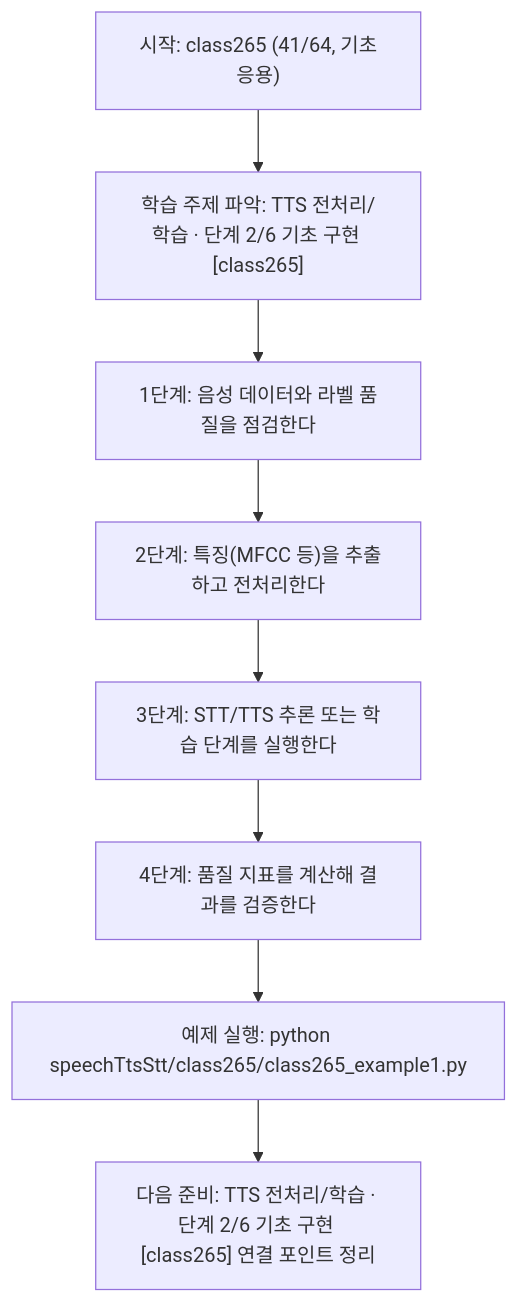
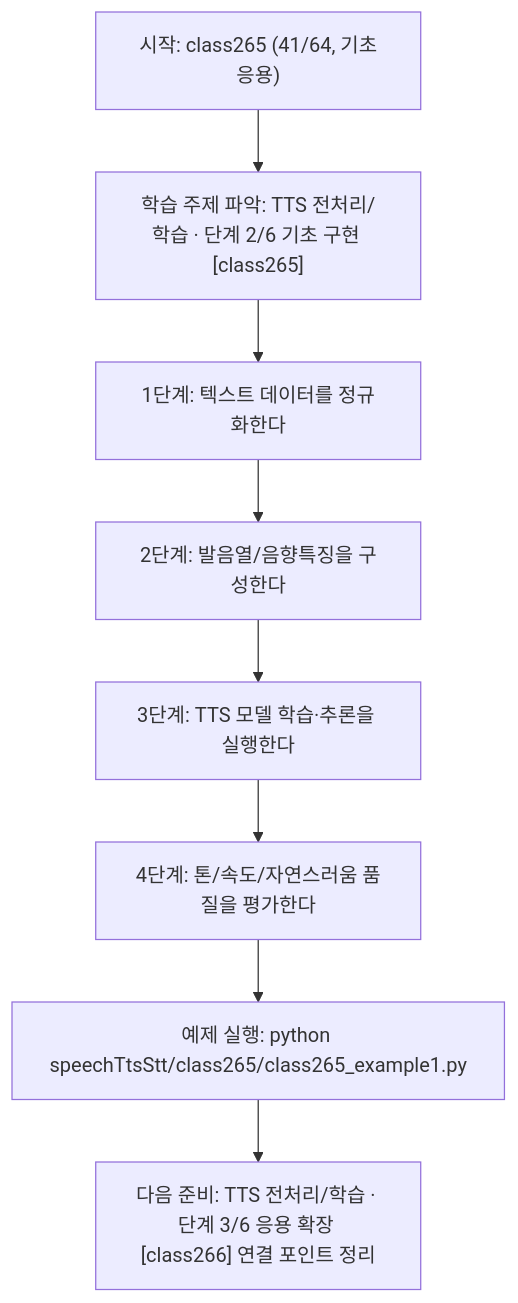
One commit to edumgt/Python-AI_Agent-Class changed the diagram in speechTtsStt/class265/class265.md. Above: the diagram before and after it, drawn with Mermaid. The commit also changed other lines of this file and 1122 other files, not shown here.

````diff
--- a/speechTtsStt/class265/class265.md
+++ b/speechTtsStt/class265/class265.md
@@ -114,18 +95,18 @@
 ```mermaid
 flowchart TD
 N1["시작: class265 (41/64, 기초응용)"]
 N2["학습 주제 파악: TTS 전처리/학습 · 단계 2/6 기초 구현 [class265]"]
-N3["1단계: 음성 데이터와 라벨 품질을 점검한다"]
-N4["2단계: 특징(MFCC 등)을 추출하고 전처리한다"]
-N5["3단계: STT/TTS 추론 또는 학습 단계를 실행한다"]
-N6["4단계: 품질 지표를 계산해 결과를 검증한다"]
+N3["1단계: 텍스트 데이터를 정규화한다"]
+N4["2단계: 발음열/음향특징을 구성한다"]
+N5["3단계: TTS 모델 학습·추론을 실행한다"]
+N6["4단계: 톤/속도/자연스러움 품질을 평가한다"]
 N7["예제 실행: python speechTtsStt/class265/class265_example1.py"]
-N8["다음 준비: TTS 전처리/학습 · 단계 2/6 기초 구현 [class265] 연결 포인트 정리"]
+N8["다음 준비: TTS 전처리/학습 · 단계 3/6 응용 확장 [class266] 연결 포인트 정리"]
 N1 --> N2
 N2 --> N3
 N3 --> N4
 N4 --> N5
 N5 --> N6
 N6 --> N7
 N7 --> N8
 ```
````
